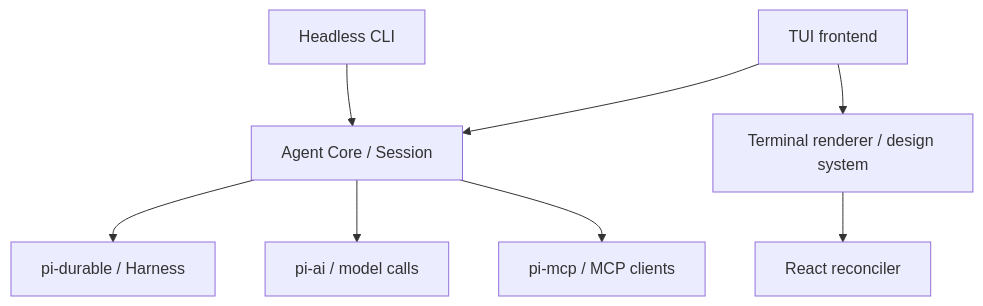
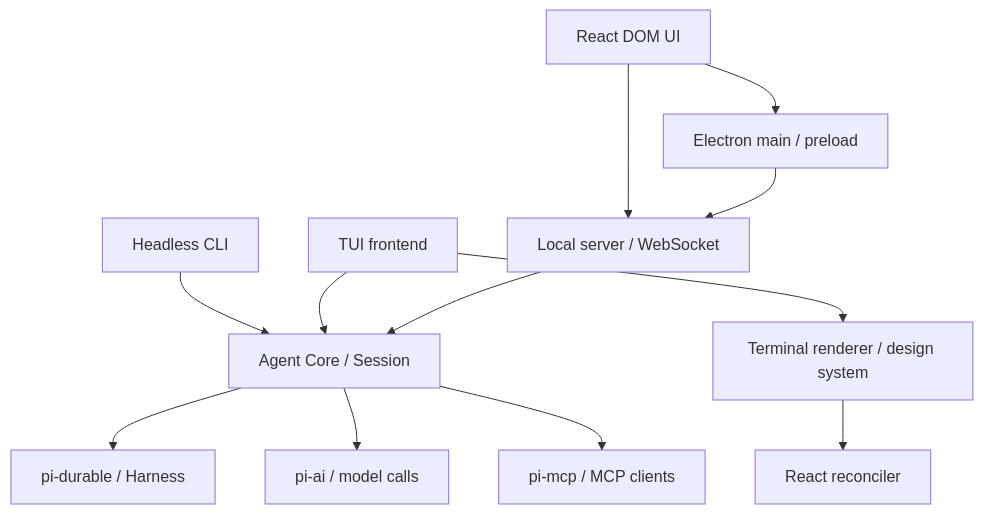
The diagram in docs/architecture.md (artoriaschan/rukie), drawn with Mermaid before and after one commit. The commit also changed other lines of this file and 2 other files, not shown here.

Commit message:
docs(desktop): align runtime and shared storage reference

````diff
--- a/docs/architecture.md
+++ b/docs/architecture.md
@@ -13,10 +13,14 @@
 ```mermaid
 flowchart TD
   CLI[Headless CLI] --> Core[Agent Core / Session]
   TUI[TUI frontend] --> Core
   TUI --> Renderer[Terminal renderer / design system]
+  GUI[React DOM UI] --> Server[Local server / WebSocket]
+  Server --> Core
+  Desktop[Electron main / preload] --> Server
+  GUI --> Desktop
   Core --> Pi[pi-durable / Harness]
   Core --> AI[pi-ai / model calls]
   Core --> MCP[pi-mcp / MCP clients]
   Renderer --> React[React reconciler]
 ```
````
